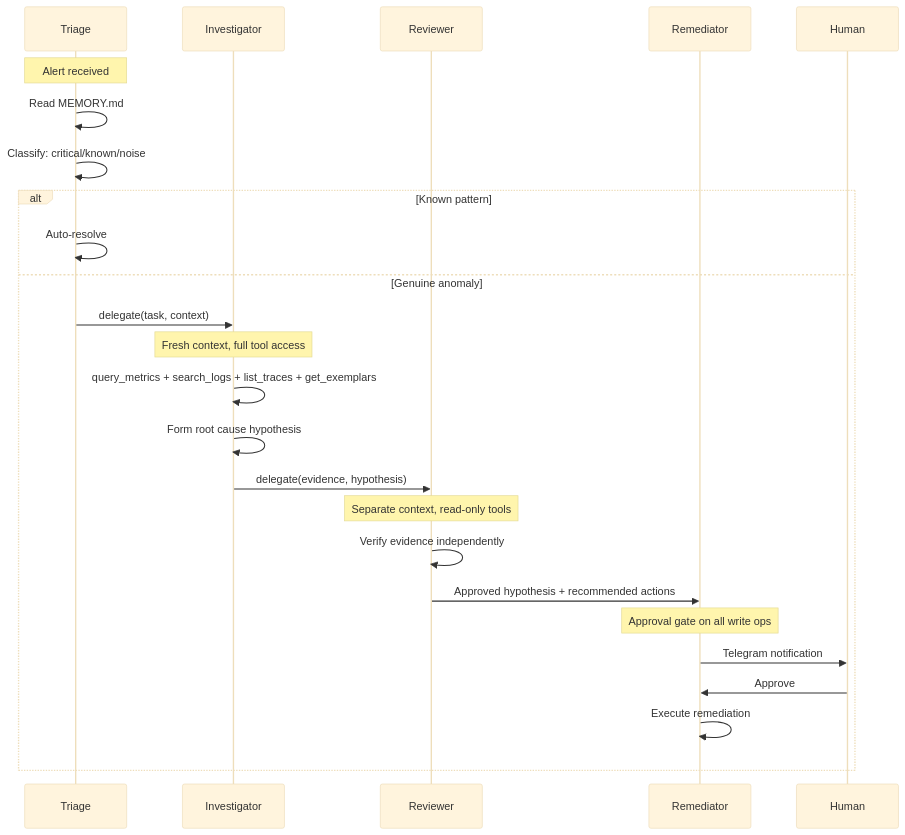
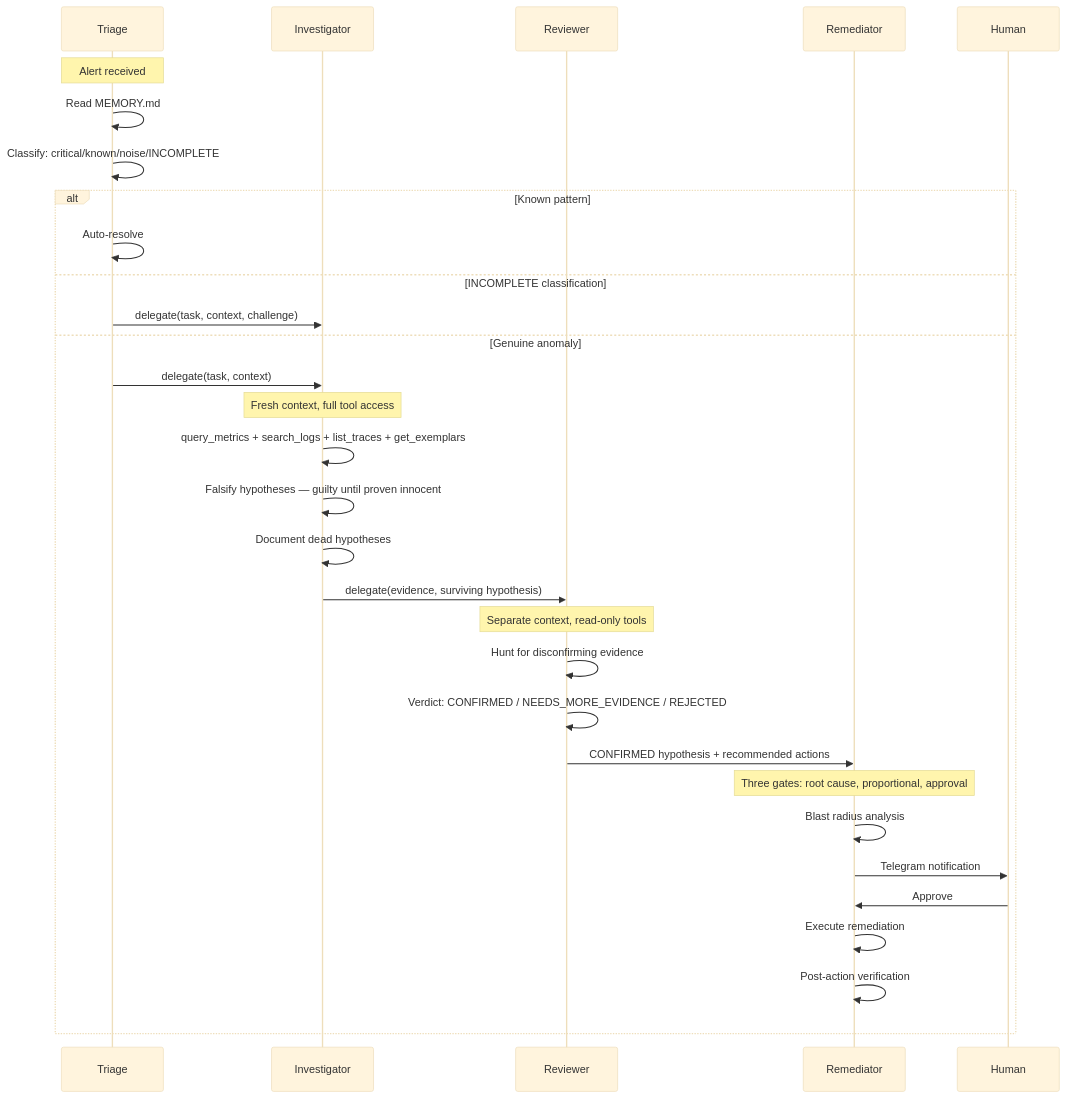
The second of 2 diagrams in docs/agents/README.md (telemetryflow/telemetryflow-hermes), drawn with Mermaid (base theme) before and after one commit. The commit also changed other lines of this file and 63 other files, not shown here.

````diff
--- a/docs/agents/README.md
+++ b/docs/agents/README.md
@@ -44,28 +48,34 @@
 ```mermaid
 sequenceDiagram
     participant T as Triage
     participant I as Investigator
     participant R as Reviewer
     participant M as Remediator
     participant H as Human
 
     Note over T: Alert received
     T->>T: Read MEMORY.md
-    T->>T: Classify: critical/known/noise
+    T->>T: Classify: critical/known/noise/INCOMPLETE
     alt Known pattern
         T->>T: Auto-resolve
+    else INCOMPLETE classification
+        T->>I: delegate(task, context, challenge)
     else Genuine anomaly
         T->>I: delegate(task, context)
         Note over I: Fresh context, full tool access
         I->>I: query_metrics + search_logs + list_traces + get_exemplars
-        I->>I: Form root cause hypothesis
-        I->>R: delegate(evidence, hypothesis)
+        I->>I: Falsify hypotheses — guilty until proven innocent
+        I->>I: Document dead hypotheses
+        I->>R: delegate(evidence, surviving hypothesis)
         Note over R: Separate context, read-only tools
-        R->>R: Verify evidence independently
-        R->>M: Approved hypothesis + recommended actions
-        Note over M: Approval gate on all write ops
+        R->>R: Hunt for disconfirming evidence
+        R->>R: Verdict: CONFIRMED / NEEDS_MORE_EVIDENCE / REJECTED
+        R->>M: CONFIRMED hypothesis + recommended actions
+        Note over M: Three gates: root cause, proportional, approval
+        M->>M: Blast radius analysis
         M->>H: Telegram notification
         H->>M: Approve
         M->>M: Execute remediation
+        M->>M: Post-action verification
     end
 ```
````
